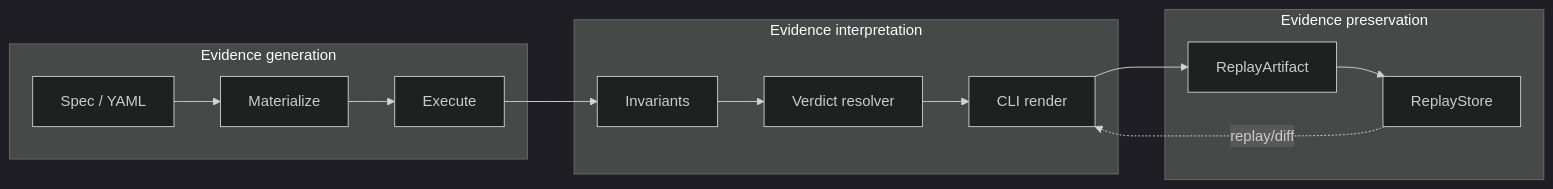
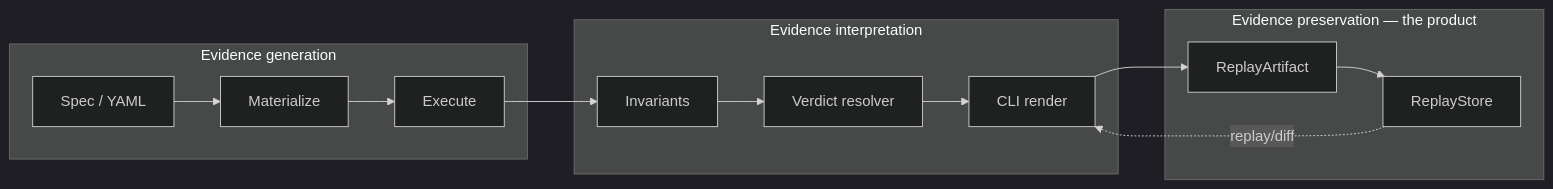
The diagram in README.md (ericckzhou/falsifyai), drawn with Mermaid (dark theme) before and after one commit. The commit also changed other lines of this file and 3 other files, not shown here.

````diff
--- a/README.md
+++ b/README.md
@@ -192,23 +260,23 @@
 ```mermaid
 flowchart LR
     subgraph Generation["Evidence generation"]
         Spec[Spec / YAML]
         Mat[Materialize]
         Exec[Execute]
         Spec --> Mat --> Exec
     end
     subgraph Interpretation["Evidence interpretation"]
         Inv[Invariants]
         Res[Verdict resolver]
         Ren[CLI render]
         Inv --> Res --> Ren
     end
-    subgraph Preservation["Evidence preservation"]
+    subgraph Preservation["Evidence preservation — the product"]
         Art[ReplayArtifact]
         Store[ReplayStore]
         Art --> Store
     end
     Exec --> Inv
     Ren --> Art
     Store -.->|replay/diff| Ren
 ```
````
